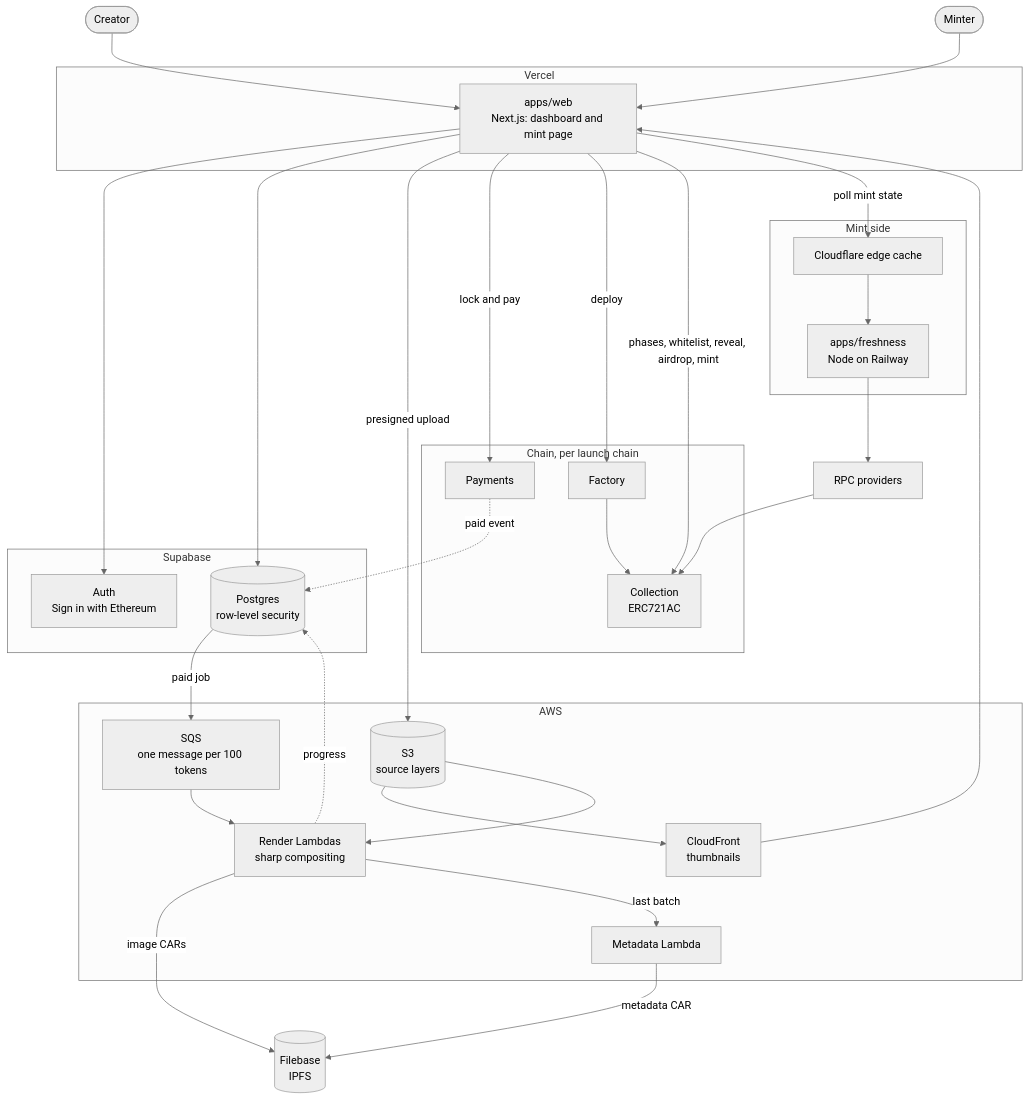
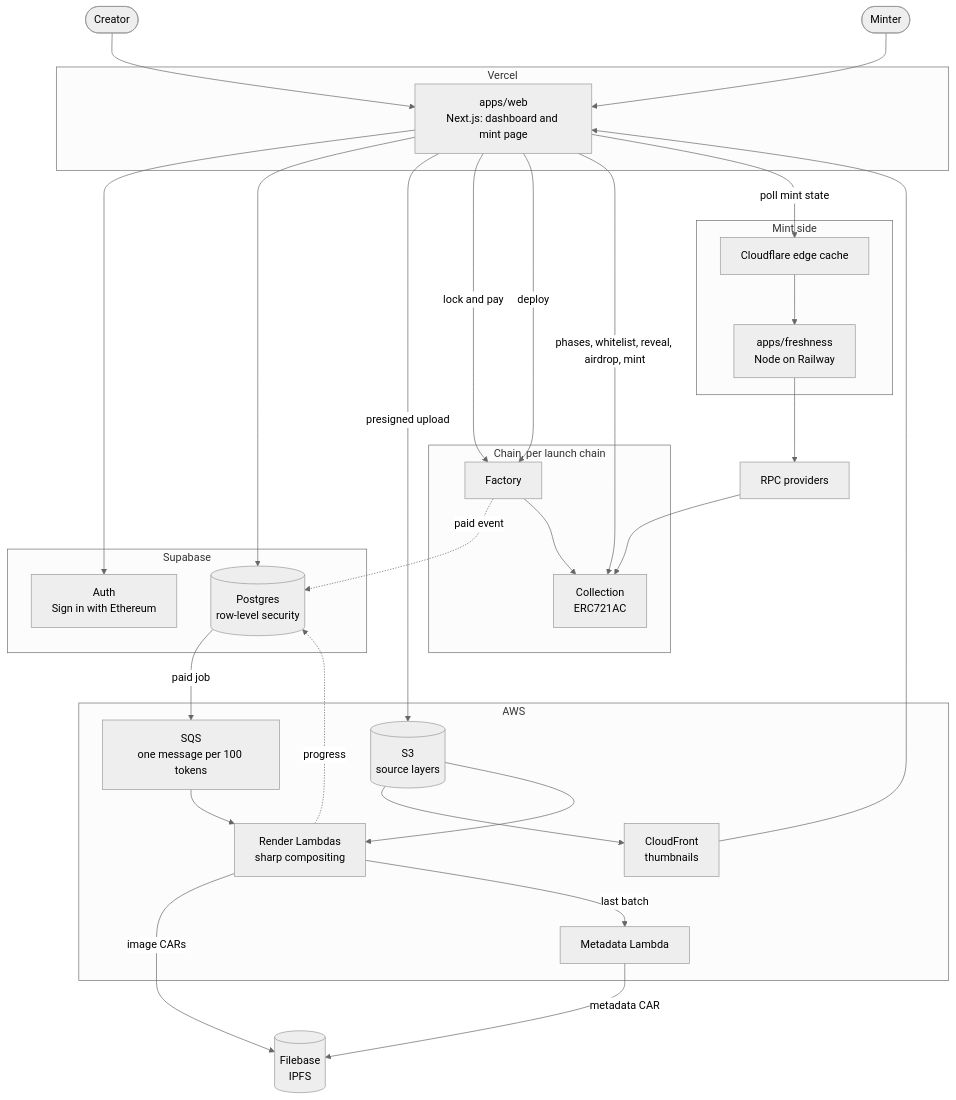
One commit to KobeSergio/cobweb changed the second of 4 diagrams in README.md. Above: the diagram before and after it, drawn with Mermaid (neutral theme). The commit also changed other lines of this file and 4 other files, not shown here.

````diff
--- a/README.md
+++ b/README.md
@@ -49,54 +49,53 @@
 ```mermaid
 flowchart TB
   creator([Creator])
   minter([Minter])
 
   subgraph vercel[Vercel]
     web[apps/web<br/>Next.js: dashboard and mint page]
   end
 
   subgraph supabase[Supabase]
     db[(Postgres<br/>row-level security)]
     auth[Auth<br/>Sign in with Ethereum]
   end
 
   subgraph aws[AWS]
     s3[(S3<br/>source layers)]
     cf[CloudFront<br/>thumbnails]
     sqs[SQS<br/>one message per 100 tokens]
     render[Render Lambdas<br/>sharp compositing]
     meta[Metadata Lambda]
   end
 
   filebase[(Filebase<br/>IPFS)]
 
   subgraph mintside[Mint side]
     edge[Cloudflare edge cache]
     fresh[apps/freshness<br/>Node on Railway]
   end
 
   rpc[RPC providers]
 
   subgraph chain[Chain, per launch chain]
     factory[Factory]
     collection[Collection<br/>ERC721AC]
-    payments[Payments]
   end
 
   creator --> web
   minter --> web
   web --> auth
   web --> db
   web -- presigned upload --> s3
   s3 --> cf --> web
-  web -- lock and pay --> payments
-  payments -. paid event .-> db
+  web -- lock and pay --> factory
+  factory -. paid event .-> db
   db -- paid job --> sqs --> render
   s3 --> render
   render -- image CARs --> filebase
   render -- last batch --> meta -- metadata CAR --> filebase
   render -. progress .-> db
   web -- deploy --> factory --> collection
   web -- phases, whitelist, reveal, airdrop, mint --> collection
   web -- poll mint state --> edge --> fresh --> rpc --> collection
 ```
````
